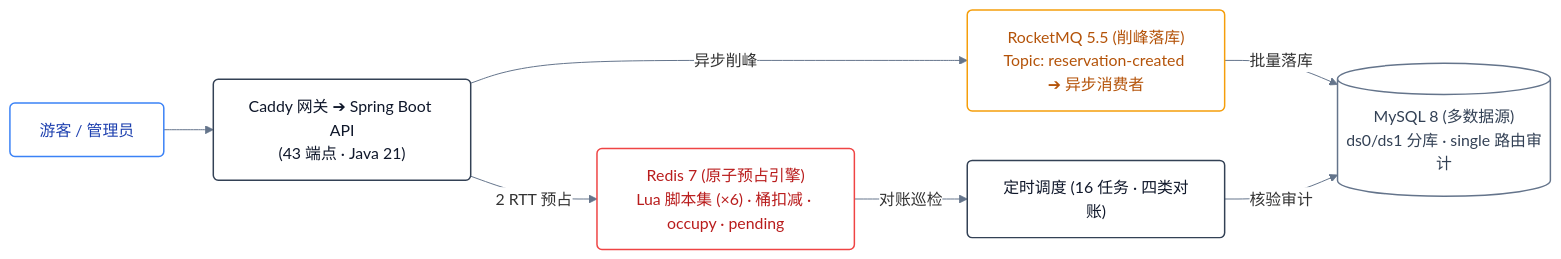
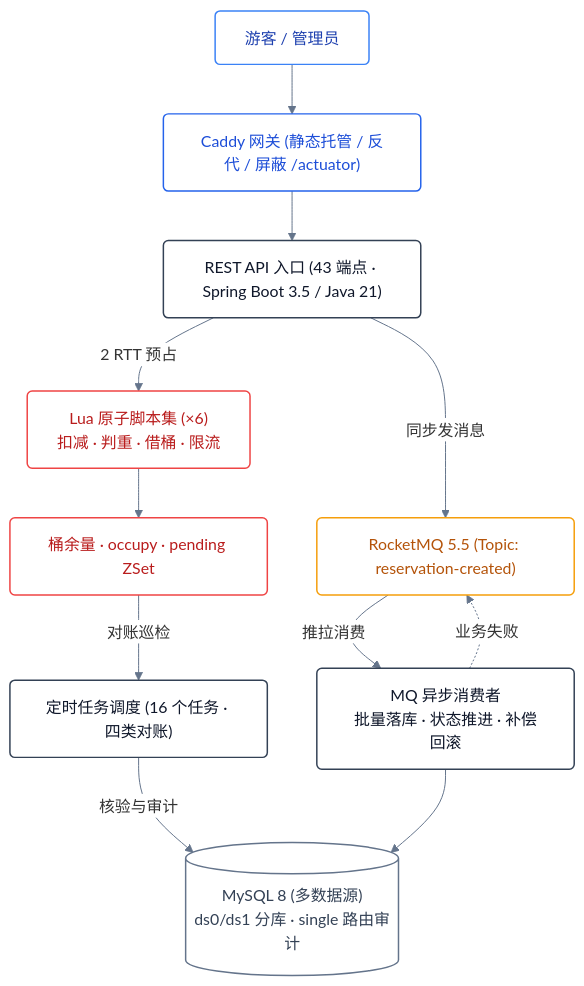
The first of 2 diagrams in README.md (s1oopX/ReserveX), drawn with Mermaid before and after one commit. The commit also changed other lines of this file, not shown here.

Commit message:
docs: apply balanced TB golden-ratio layout with large readable font for ReserveX

````diff
--- a/README.md
+++ b/README.md
@@ -68,29 +69,41 @@
 ```mermaid
 %%{init: {'theme': 'base', 'themeVariables': { 'edgeLabelBackground': '#ffffff', 'mainBkg': '#ffffff', 'lineColor': '#64748b' }}}%%
-flowchart LR
+flowchart TB
     classDef client fill:#ffffff,stroke:#3b82f6,stroke-width:1.5px,color:#1e40af,rx:5px,ry:5px;
+    classDef edge fill:#ffffff,stroke:#2563eb,stroke-width:1.5px,color:#1d4ed8,rx:5px,ry:5px;
     classDef app fill:#ffffff,stroke:#334155,stroke-width:1.5px,color:#0f172a,rx:5px,ry:5px;
     classDef redis fill:#ffffff,stroke:#ef4444,stroke-width:1.5px,color:#b91c1c,rx:5px,ry:5px;
     classDef mq fill:#ffffff,stroke:#f59e0b,stroke-width:1.5px,color:#b45309,rx:5px,ry:5px;
     classDef db fill:#ffffff,stroke:#64748b,stroke-width:1.5px,color:#334155,rx:5px,ry:5px;
 
-    %% 边界接入
-    USER["游客 / 管理员"]:::client
-    API["Caddy 网关 ➔ Spring Boot API<br/>(43 端点 · Java 21)"]:::app
+    %% 统一边界入口 (顶部)
+    U["游客 / 管理员"]:::client
+    C["Caddy 网关 (静态托管 / 反代 / 屏蔽 /actuator)"]:::edge
+    API["REST API 入口 (43 端点 · Spring Boot 3.5 / Java 21)"]:::app
 
-    %% 中间件分流
-    LUA_ENGINE["Redis 7 (原子预占引擎)<br/>Lua 脚本集 (×6) · 桶扣减 · occupy · pending"]:::redis
-    MQ_ENGINE["RocketMQ 5.5 (削峰落库)<br/>Topic: reservation-created ➔ 异步消费者"]:::mq
+    %% 左路通道：同步原子预占
+    L["Lua 原子脚本集 (×6)<br/>扣减 · 判重 · 借桶 · 限流"]:::redis
+    K["桶余量 · occupy · pending ZSet"]:::redis
 
-    %% 持久化与对账
-    JOB_NODE["定时调度 (16 任务 · 四类对账)"]:::app
-    DB_NODE[("MySQL 8 (多数据源)<br/>ds0/ds1 分库 · single 路由审计")]:::db
+    %% 右路通道：异步削峰落库
+    T["RocketMQ 5.5 (Topic: reservation-created)"]:::mq
+    CON["MQ 异步消费者<br/>批量落库 · 状态推进 · 补偿回滚"]:::app
 
-    %% 流转走向 (纯横向极简无框)
-    USER --> API
-    API -->|"2 RTT 预占"| LUA_ENGINE
-    API -->|"异步削峰"| MQ_ENGINE
-    LUA_ENGINE -->|"对账巡检"| JOB_NODE
-    MQ_ENGINE -->|"批量落库"| DB_NODE
-    JOB_NODE -->|"核验审计"| DB_NODE
+    %% 底层对账与存储
+    JOB["定时任务调度 (16 个任务 · 四类对账)"]:::app
+    DB[("MySQL 8 (多数据源)<br/>ds0/ds1 分库 · single 路由审计")]:::db
+
+    %% 顶层流转
+    U --> C --> API
+
+    %% 核心分流 (左路与右路)
+    API -->|"2 RTT 预占"| L
+    L --> K
+    K -->|"对账巡检"| JOB
+    JOB -->|"核验与审计"| DB
+
+    API -->|"同步发消息"| T
+    T -->|"推拉消费"| CON
+    CON --> DB
+    CON -.->|"业务失败"| T
 ```
````
